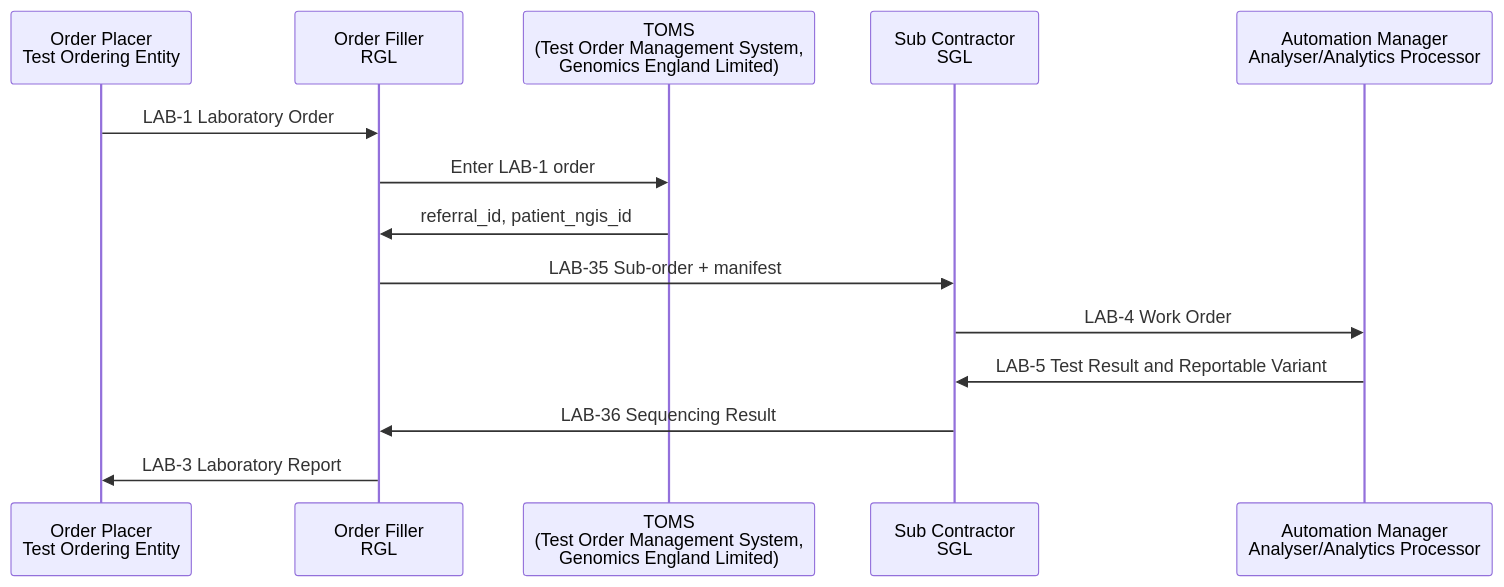
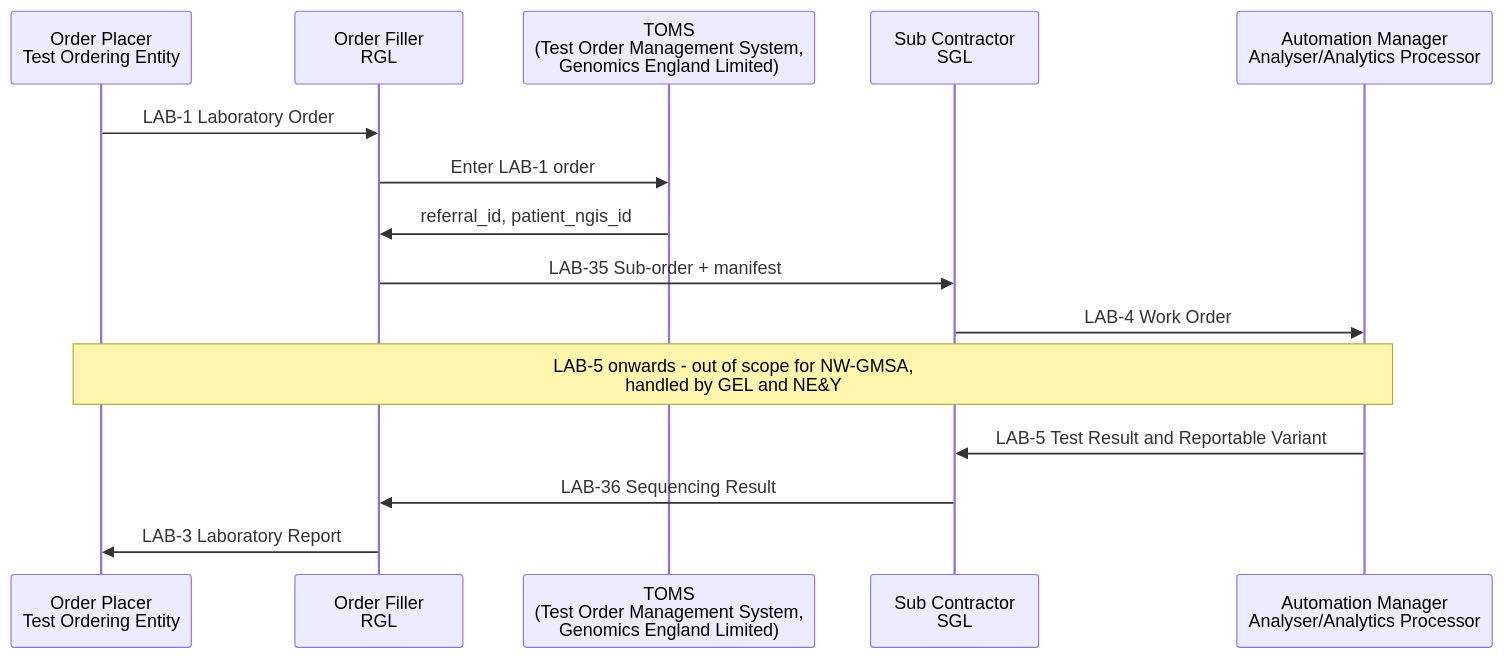
One commit to nw-gmsa/nw-gmsa.github.com changed the third of 3 diagrams in input/pagecontent/dWGS.md. Above: the diagram before and after it, drawn with Mermaid. The commit also changed other lines of this file, not shown here.

First line of the commit message:
Document dWGS identifier scope and NE&Y integration direction

````diff
--- a/input/pagecontent/dWGS.md
+++ b/input/pagecontent/dWGS.md
@@ -133,17 +143,18 @@
 ```mermaid
 sequenceDiagram
     participant OP as Order Placer<br/>Test Ordering Entity
     participant OF as Order Filler<br/>RGL
     participant TOMS as TOMS<br/>(Test Order Management System,<br/>Genomics England Limited)
     participant SC as Sub Contractor<br/>SGL
     participant ANP as Automation Manager<br/>Analyser/Analytics Processor
 
     OP ->> OF: LAB-1 Laboratory Order
     OF ->> TOMS: Enter LAB-1 order
     TOMS ->> OF: referral_id, patient_ngis_id
     OF ->> SC: LAB-35 Sub-order + manifest
     SC ->> ANP: LAB-4 Work Order
+    Note over ANP,OP: LAB-5 onwards - out of scope for NW-GMSA,<br/>handled by GEL and NE&Y
     ANP ->> SC: LAB-5 Test Result and Reportable Variant
     SC ->> OF: LAB-36 Sequencing Result
     OF ->> OP: LAB-3 Laboratory Report
 ```
````
